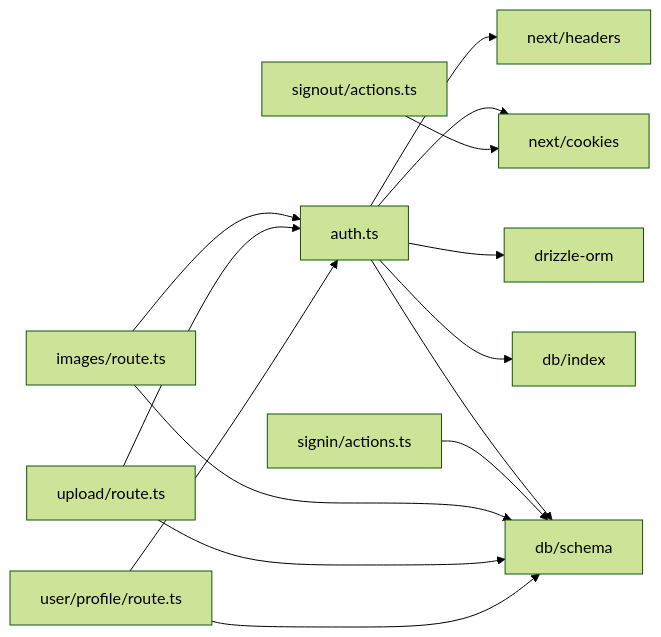
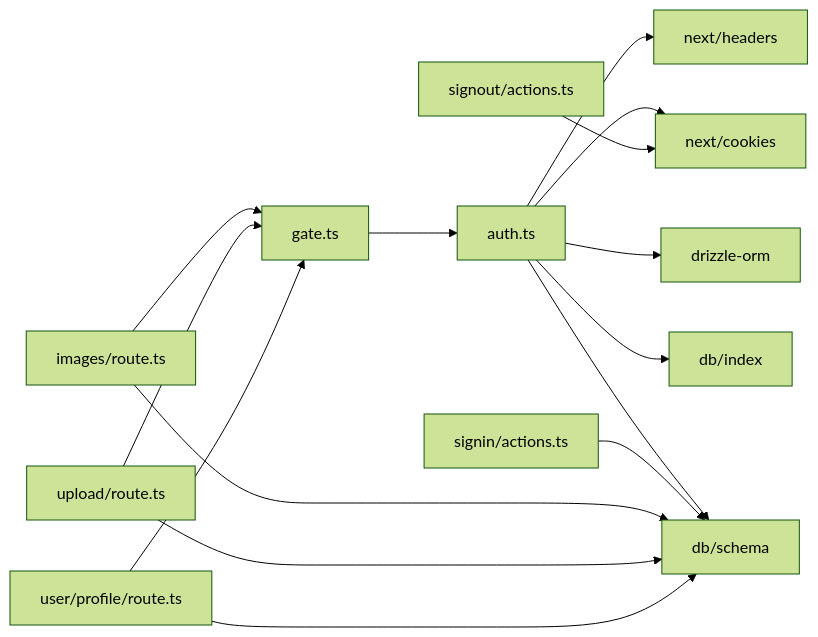
Before and after one commit to pnnh/weable: the eighth of 8 diagrams in .qoder/repowiki/zh/content/核心模块/认证系统.md, drawn with Mermaid (forest theme). The commit also changed other lines of this file and 133 other files, not shown here.

Commit message:
实现基于浏览器自带AI识别图片内容功能

````diff
--- a/.qoder/repowiki/zh/content/核心模块/认证系统.md
+++ b/.qoder/repowiki/zh/content/核心模块/认证系统.md
@@ -360,16 +450,17 @@
 ```mermaid
 graph LR
 Auth["auth.ts"] --> Headers["next/headers"]
 Auth --> Cookies["next/cookies"]
 Auth --> Drizzle["drizzle-orm"]
 Auth --> DBIndex["db/index"]
 Auth --> Schema["db/schema"]
-ImagesRoute["images/route.ts"] --> Auth
-UploadRoute["upload/route.ts"] --> Auth
-ProfileRoute["user/profile/route.ts"] --> Auth
+Gate["gate.ts"] --> Auth
+ImagesRoute["images/route.ts"] --> Gate
+UploadRoute["upload/route.ts"] --> Gate
+ProfileRoute["user/profile/route.ts"] --> Gate
 SignInAction["signin/actions.ts"] --> Schema
 SignOutAction["signout/actions.ts"] --> Cookies
 ImagesRoute --> Schema
 UploadRoute --> Schema
 ProfileRoute --> Schema
 ```
````
